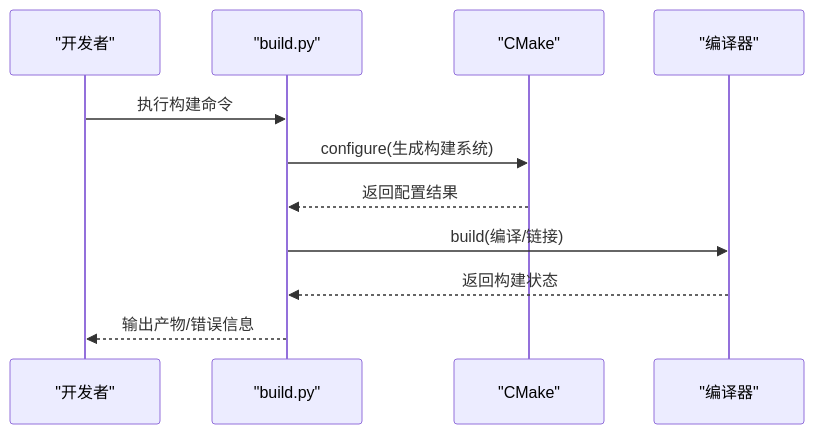
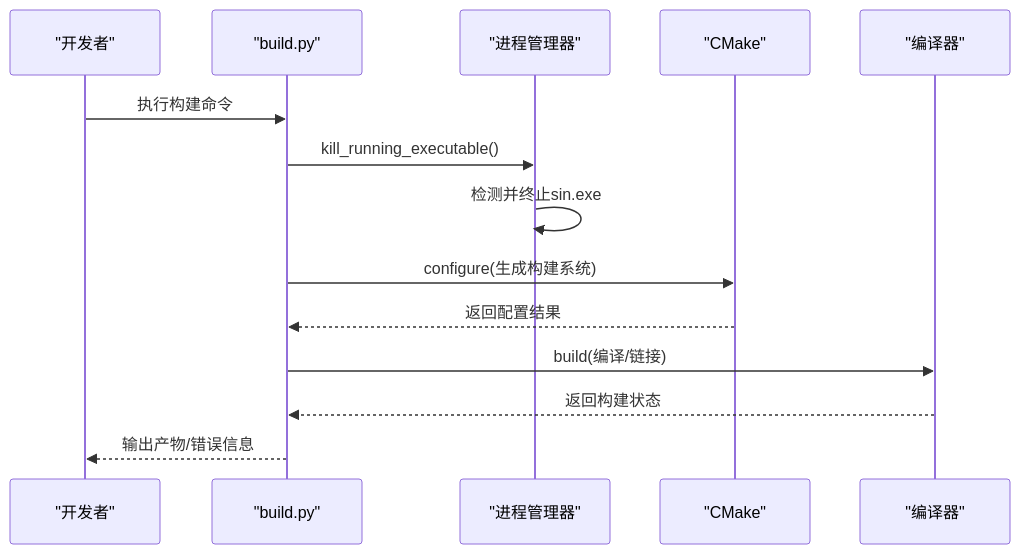
One commit to jakecai1225-design/OpenBus changed the third of 5 diagrams in .qoder/repowiki/zh/content/构建和部署/构建流程/自动化依赖管理.md. Above: the diagram before and after it, drawn with Mermaid. The commit also changed other lines of this file and 40 other files, not shown here.

````diff
--- a/.qoder/repowiki/zh/content/构建和部署/构建流程/自动化依赖管理.md
+++ b/.qoder/repowiki/zh/content/构建和部署/构建流程/自动化依赖管理.md
@@ -168,13 +122,16 @@
 ```mermaid
 sequenceDiagram
 participant Dev as "开发者"
 participant BP as "build.py"
+participant PM as "进程管理器"
 participant CM as "CMake"
 participant CC as "编译器"
 Dev->>BP : 执行构建命令
+BP->>PM : kill_running_executable()
+PM->>PM : 检测并终止sin.exe
 BP->>CM : configure(生成构建系统)
 CM-->>BP : 返回配置结果
 BP->>CC : build(编译/链接)
 CC-->>BP : 返回构建状态
 BP-->>Dev : 输出产物/错误信息
 ```
````
